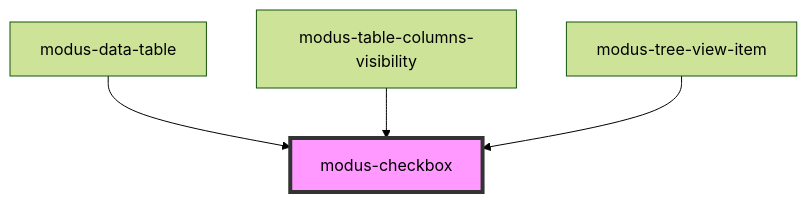
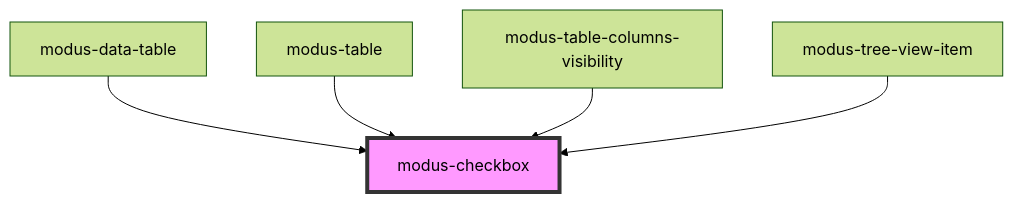
Before and after one commit to trimble-oss/modus-web-components: the diagram in stencil-workspace/src/components/modus-checkbox/readme.md, drawn with Mermaid (forest theme). The commit also changed other lines of this file and 42 other files, not shown here.

````diff
--- a/stencil-workspace/src/components/modus-checkbox/readme.md
+++ b/stencil-workspace/src/components/modus-checkbox/readme.md
@@ -50,7 +51,8 @@
 ```mermaid
 graph TD;
   modus-data-table --> modus-checkbox
+  modus-table --> modus-checkbox
   modus-table-columns-visibility --> modus-checkbox
   modus-tree-view-item --> modus-checkbox
   style modus-checkbox fill:#f9f,stroke:#333,stroke-width:4px
 ```
````
